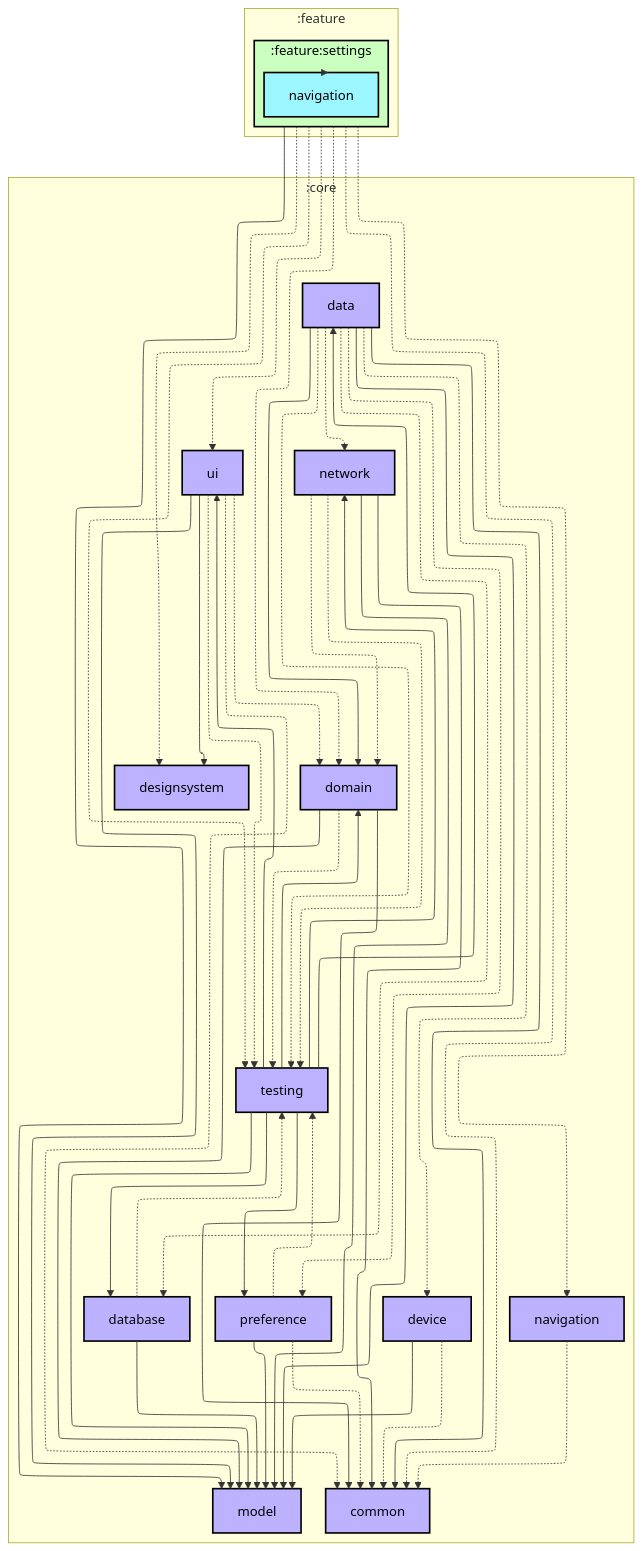
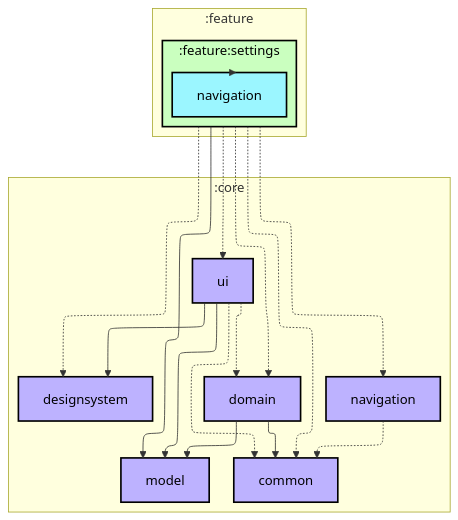
The first of 2 diagrams in feature/settings/README.md (Adrc95/logrono-bus), drawn with Mermaid before and after one commit. The commit also changed 32 other files, not shown here.

First line of the commit message:
Chore: unblock the test suites, the graphs and the CI

```diff
--- a/feature/settings/README.md
+++ b/feature/settings/README.md
@@ -22,60 +22,25 @@
   subgraph :core
     direction TB
     :core:common[common]:::library
-    :core:data[data]:::library
-    :core:database[database]:::library
     :core:designsystem[designsystem]:::library
-    :core:device[device]:::library
     :core:domain[domain]:::library
     :core:model[model]:::library
     :core:navigation[navigation]:::library
-    :core:network[network]:::library
-    :core:preference[preference]:::library
-    :core:testing[testing]:::library
     :core:ui[ui]:::library
   end
 
-  :core:data --> :core:common
-  :core:data -.-> :core:database
-  :core:data -.-> :core:device
-  :core:data --> :core:domain
-  :core:data --> :core:model
-  :core:data -.-> :core:network
-  :core:data -.-> :core:preference
-  :core:data -.-> :core:testing
-  :core:database --> :core:model
-  :core:database -.-> :core:testing
-  :core:device -.-> :core:common
-  :core:device --> :core:model
   :core:domain --> :core:common
   :core:domain --> :core:model
-  :core:domain -.-> :core:testing
   :core:navigation -.-> :core:common
-  :core:network --> :core:common
-  :core:network -.-> :core:domain
-  :core:network --> :core:model
-  :core:network -.-> :core:testing
-  :core:preference -.-> :core:common
-  :core:preference --> :core:model
-  :core:preference -.-> :core:testing
-  :core:testing --> :core:data
-  :core:testing --> :core:database
-  :core:testing --> :core:domain
-  :core:testing --> :core:model
-  :core:testing --> :core:network
-  :core:testing --> :core:preference
-  :core:testing --> :core:ui
   :core:ui -.-> :core:common
   :core:ui --> :core:designsystem
   :core:ui -.-> :core:domain
   :core:ui --> :core:model
-  :core:ui -.-> :core:testing
   :feature:settings -.-> :core:common
   :feature:settings -.-> :core:designsystem
   :feature:settings -.-> :core:domain
   :feature:settings --> :core:model
   :feature:settings -.-> :core:navigation
-  :feature:settings -.-> :core:testing
   :feature:settings -.-> :core:ui
   :feature:settings --> :feature:settings:navigation
 
```
